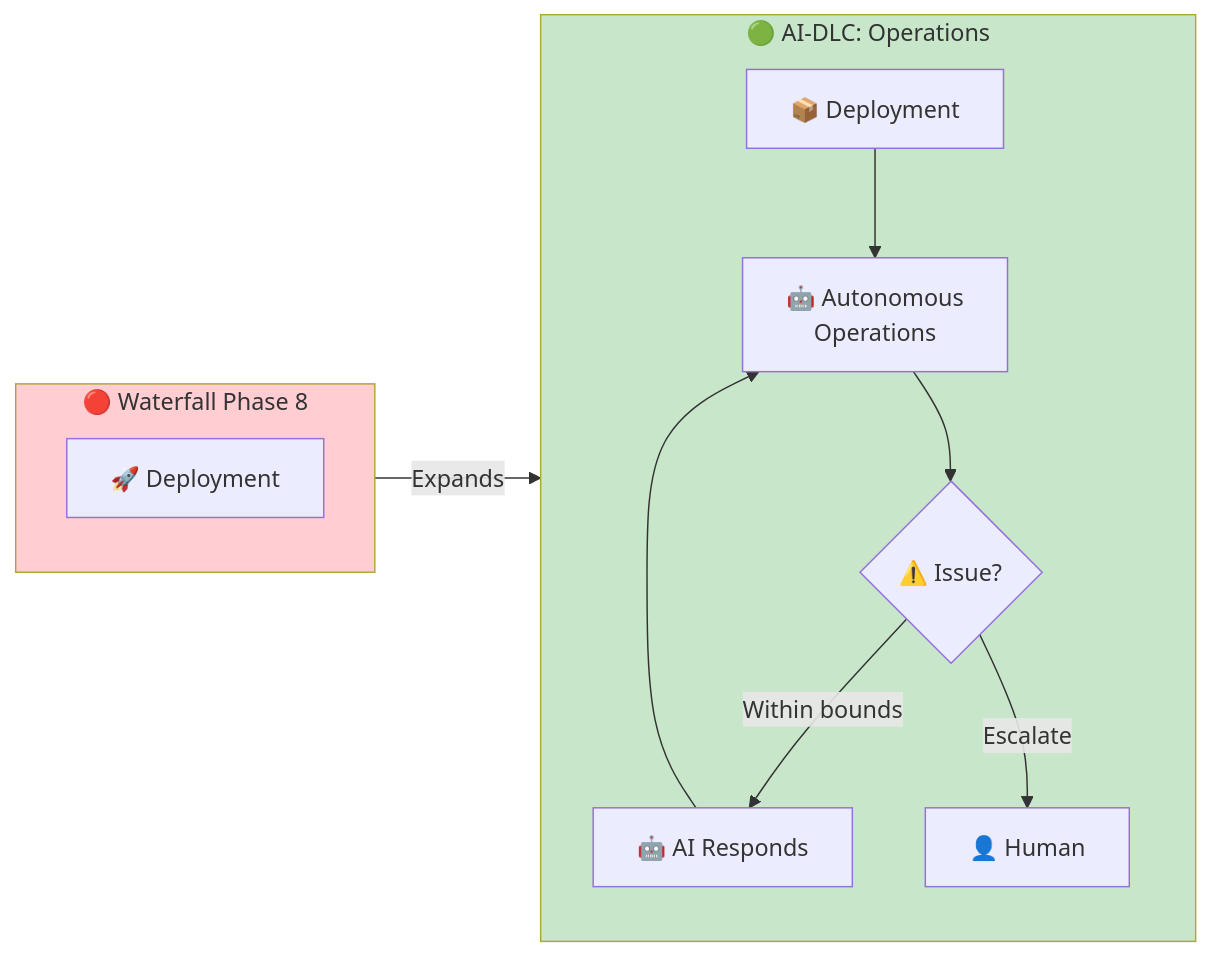
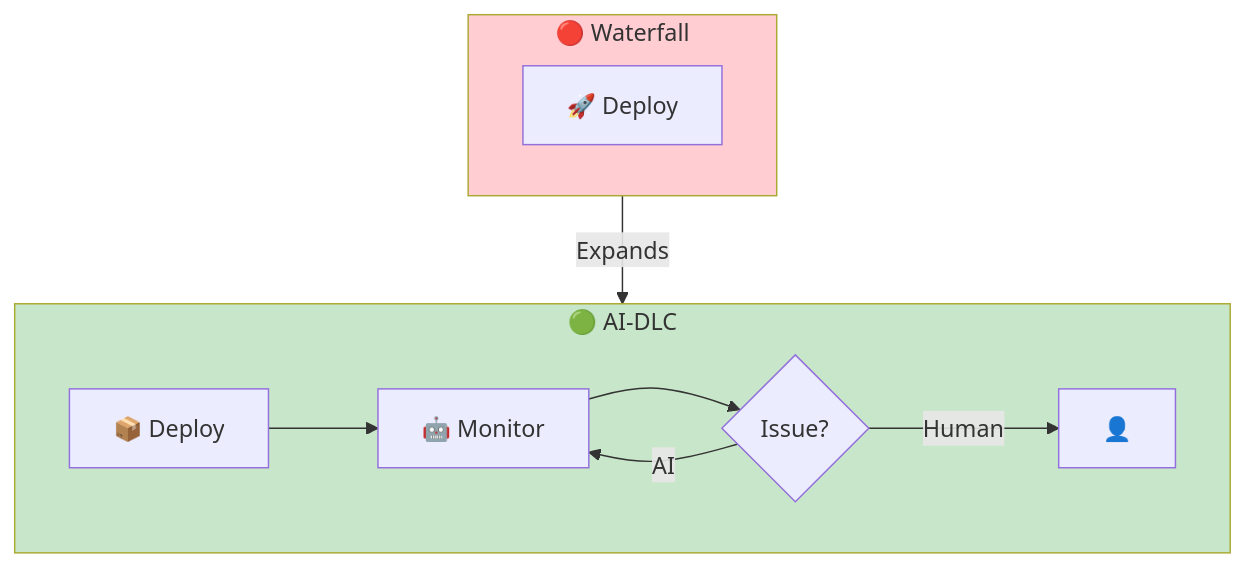
Before and after one commit to TheBushidoCollective/han: the fifth of 6 diagrams in website/content/papers/ai-dlc-2026/runbooks/adoption/from-waterfall.md, drawn with Mermaid. The commit also changed other lines of this file and 21 other files, not shown here.

First line of the commit message:
fix(website): convert all AI-DLC runbook Mermaid diagrams to TB layout

````diff
--- a/website/content/papers/ai-dlc-2026/runbooks/adoption/from-waterfall.md
+++ b/website/content/papers/ai-dlc-2026/runbooks/adoption/from-waterfall.md
@@ -139,19 +131,18 @@
 ```mermaid
-flowchart LR
-    subgraph Old["🔴 Waterfall Phase 8"]
-        W8[🚀 Deployment]
-    end
-
-    subgraph New["🟢 AI-DLC: Operations"]
-        N1[📦 Deployment] --> N2[🤖 Autonomous<br/>Operations]
-        N2 --> N3{⚠️ Issue?}
-        N3 -->|"Within bounds"| N4[🤖 AI Responds]
-        N3 -->|"Escalate"| N5[👤 Human]
-        N4 --> N2
+flowchart TB
+    subgraph Old["🔴 Waterfall"]
+        W8[🚀 Deploy]
     end
 
     Old -->|"Expands"| New
 
+    subgraph New["🟢 AI-DLC"]
+        N1[📦 Deploy] --> N2[🤖 Monitor]
+        N2 --> N3{Issue?}
+        N3 -->|AI| N2
+        N3 -->|Human| N4[👤]
+    end
+
     style Old fill:#ffcdd2
     style New fill:#c8e6c9
 ```
````
